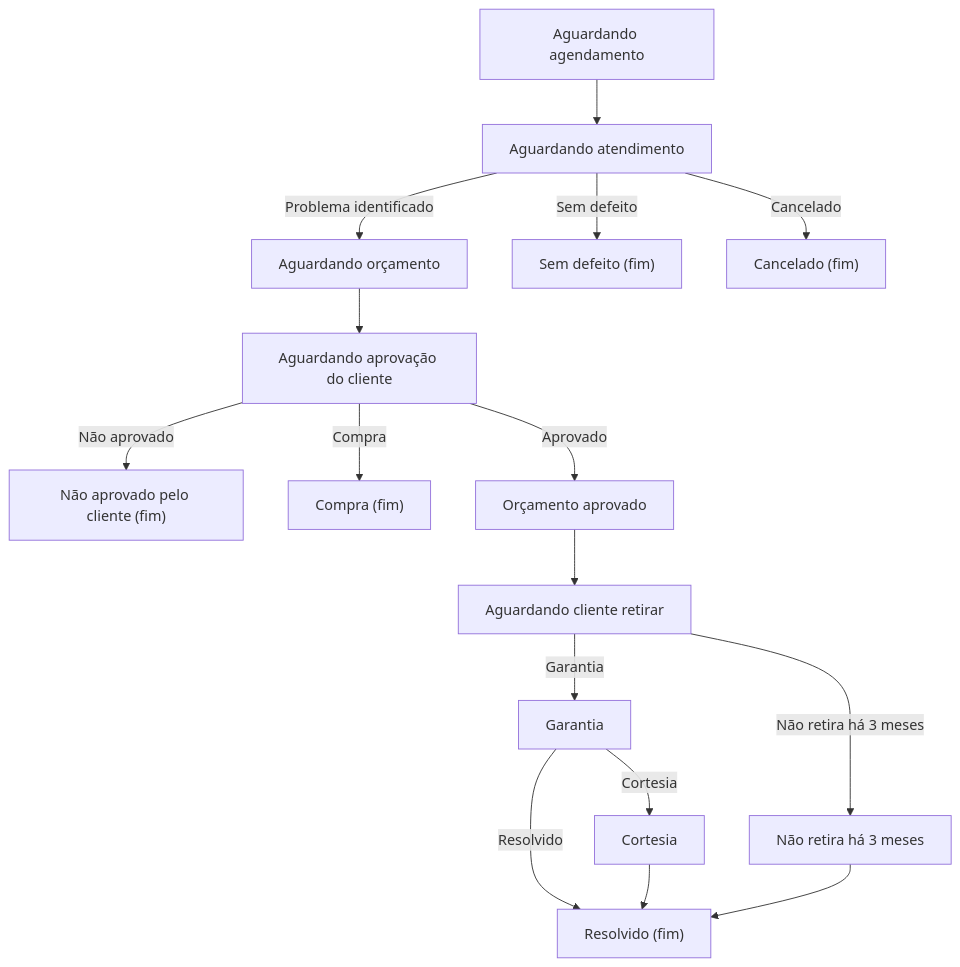
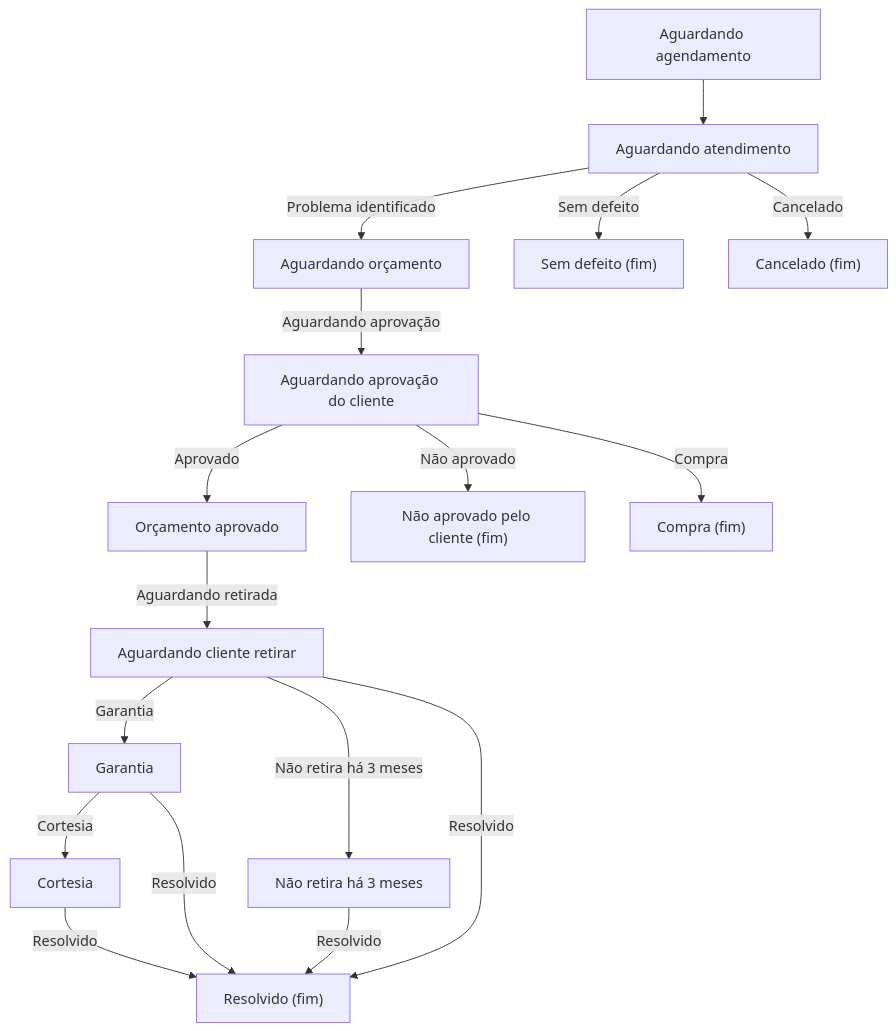
One commit to LucasBonato/ServOeste-Aplicativo changed the first of 5 diagrams in README.md. Above: the diagram before and after it, drawn with Mermaid. The commit also changed other lines of this file and 15 other files, not shown here.

````diff
--- a/README.md
+++ b/README.md
@@ -43,22 +43,25 @@
 ```mermaid
 flowchart TD
     1[Aguardando agendamento] --> 2[Aguardando atendimento]
     2 -->|Problema identificado| 3[Aguardando orçamento]
     2 -->|Sem defeito| 3.1["Sem defeito (fim)"]
     2 -->|Cancelado| 3.2["Cancelado (fim)"]
 
-    3 --> 4[Aguardando aprovação do cliente]
+    3 -->|Aguardando aprovação| 4[Aguardando aprovação do cliente]
 
+    4 -->|Aprovado| 5[Orçamento aprovado]
     4 -->|Não aprovado| 5.1["Não aprovado pelo cliente (fim)"]
     4 -->|Compra| 5.2["Compra (fim)"]
-    4 -->|Aprovado| 5.3[Orçamento aprovado]
 
-    5.3 --> 6[Aguardando cliente retirar]
+    5 -->|Aguardando retirada| 6[Aguardando cliente retirar]
+
+    6 -->|Garantia| 7[Garantia]
     6 -->|Não retira há 3 meses| 7.1[Não retira há 3 meses]
-    6 -->|Garantia| 7.2[Garantia]
+    6 -->|Resolvido| 9["Resolvido (fim)"]
 
-    7.2 -->|Cortesia| 8[Cortesia]
-    7.2 -->|Resolvido| 9["Resolvido (fim)"]
-    8 --> 9["Resolvido (fim)"]
-    7.1 --> 9["Resolvido (fim)"]
+    7 -->|Cortesia| 8[Cortesia]
+    7 -->|Resolvido| 9["Resolvido (fim)"]
+    7.1 -->|Resolvido| 9["Resolvido (fim)"]
+
+    8 -->|Resolvido| 9["Resolvido (fim)"]
 ```
````
